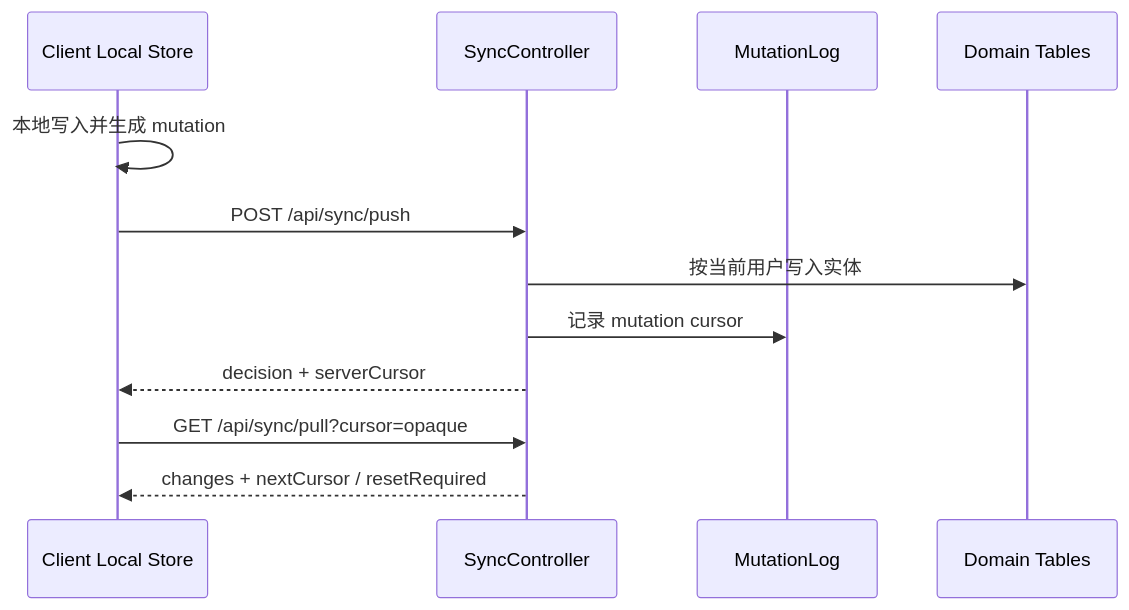
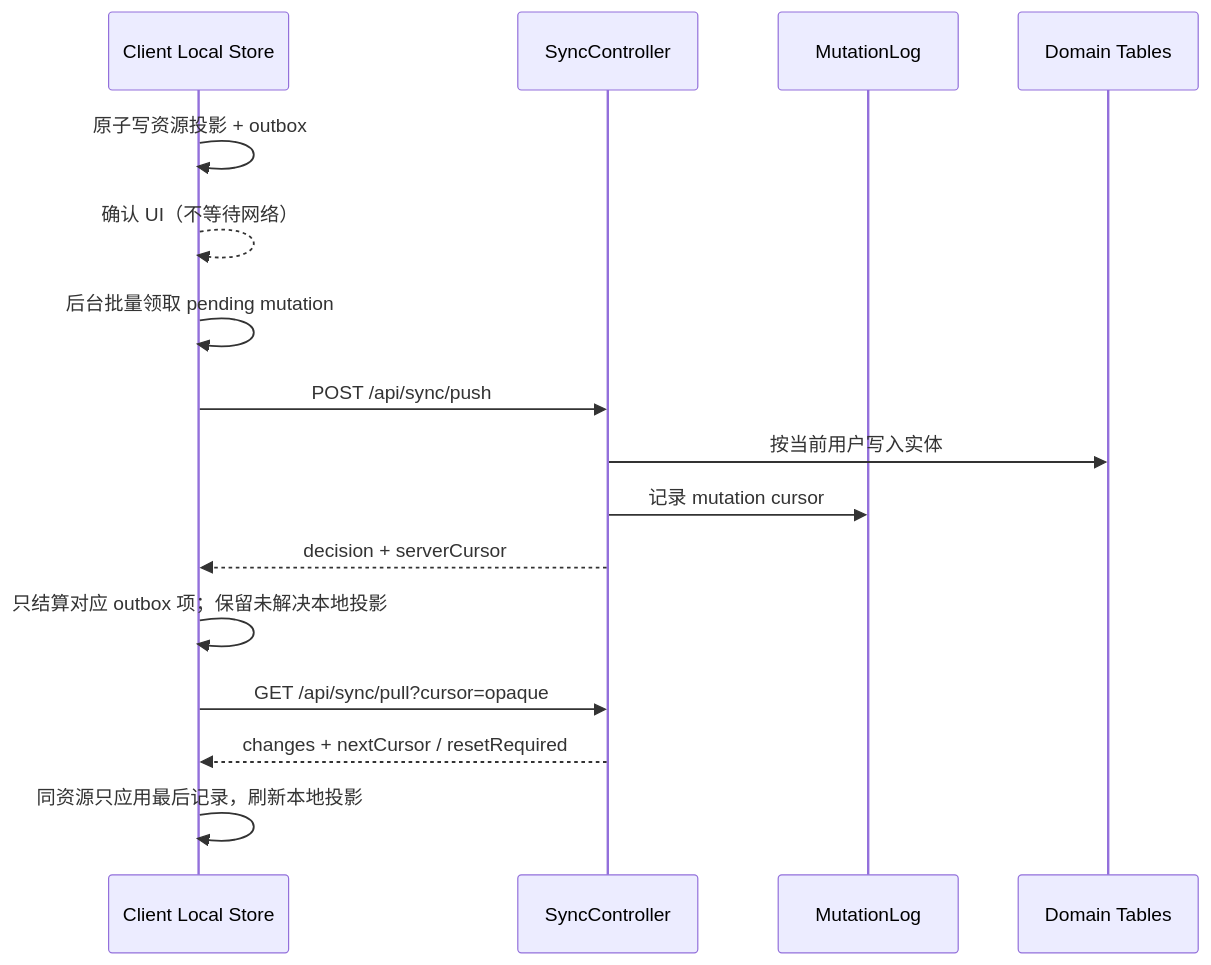
The third of 4 diagrams in docs/project/Architecture.md (fewhuooo/Auralis), drawn with Mermaid before and after one commit. The commit also changed other lines of this file and 10 other files, not shown here.

````diff
--- a/docs/project/Architecture.md
+++ b/docs/project/Architecture.md
@@ -123,14 +123,18 @@
 ```mermaid
 sequenceDiagram
   participant C as Client Local Store
   participant S as SyncController
   participant M as MutationLog
   participant D as Domain Tables
-  C->>C: 本地写入并生成 mutation
+  C->>C: 原子写资源投影 + outbox
+  C-->>C: 确认 UI（不等待网络）
+  C->>C: 后台批量领取 pending mutation
   C->>S: POST /api/sync/push
   S->>D: 按当前用户写入实体
   S->>M: 记录 mutation cursor
   S-->>C: decision + serverCursor
+  C->>C: 只结算对应 outbox 项；保留未解决本地投影
   C->>S: GET /api/sync/pull?cursor=opaque
   S-->>C: changes + nextCursor / resetRequired
+  C->>C: 同资源只应用最后记录，刷新本地投影
 ```
````
